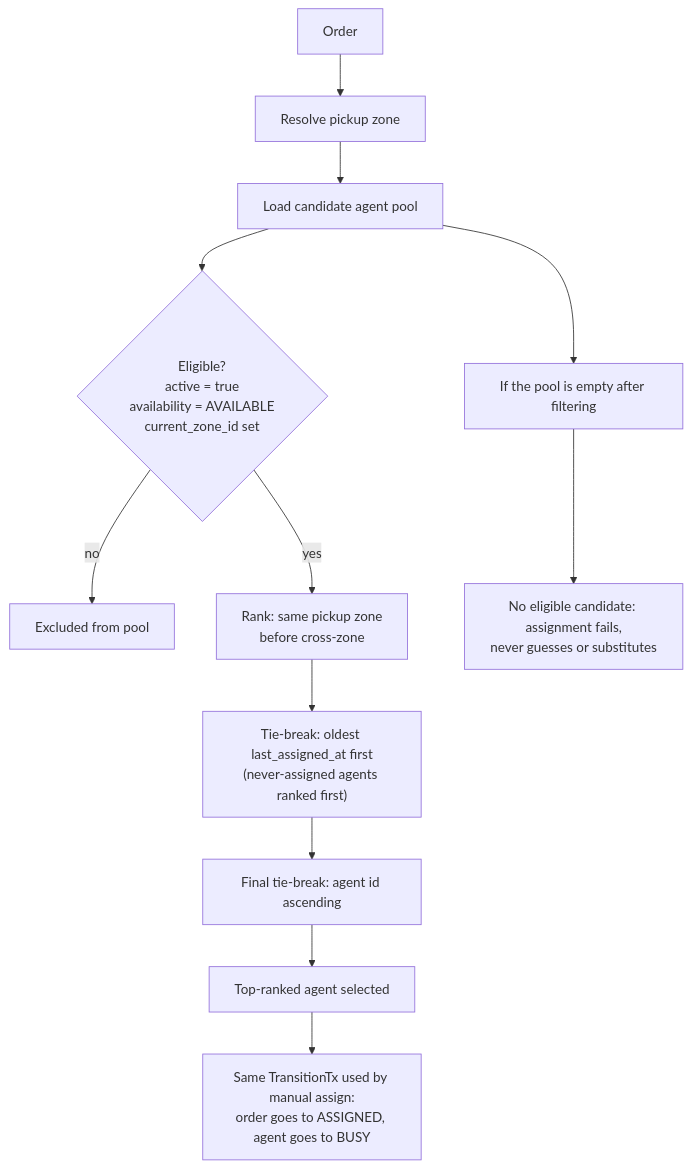
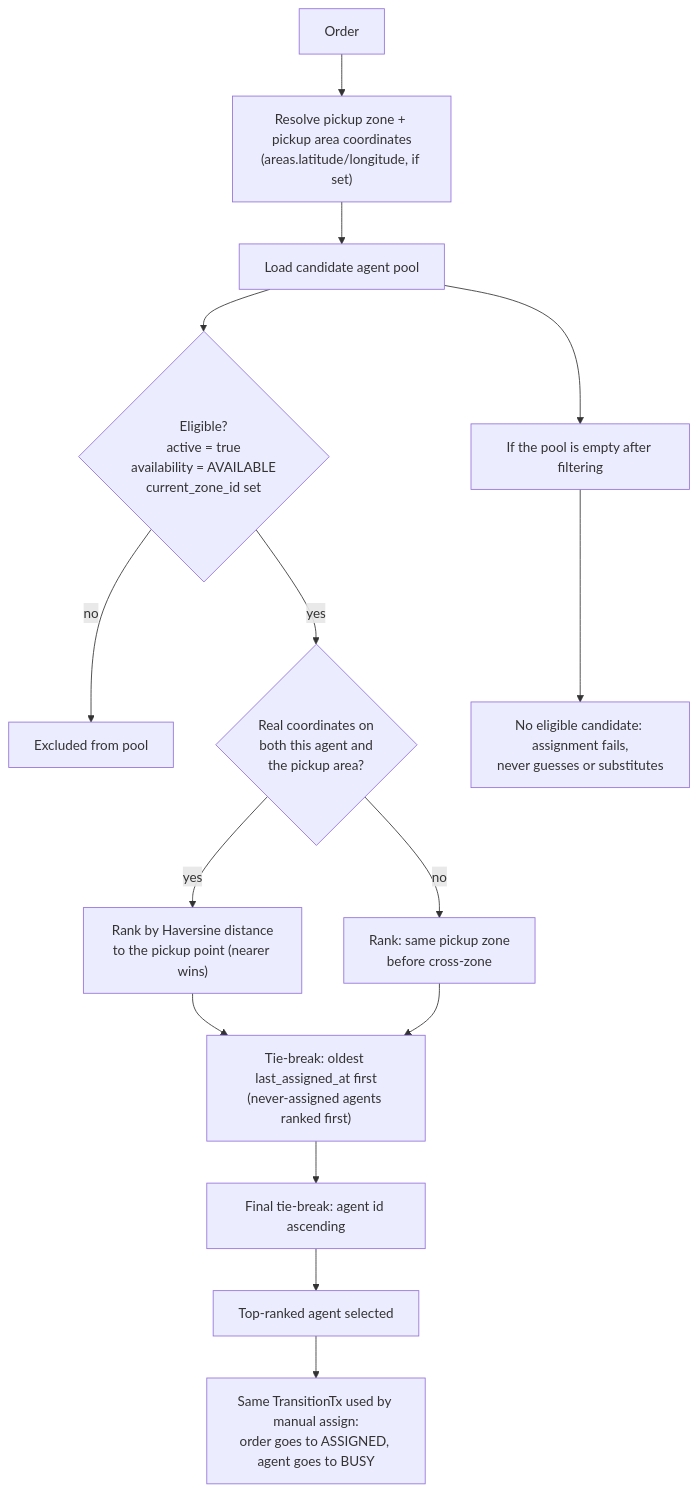
One commit to balavignesh16/last-mile-delivery-tracker changed the fourth of 5 diagrams in README.md. Above: the diagram before and after it, drawn with Mermaid. The commit also changed other lines of this file and 34 other files, not shown here.

````diff
--- a/README.md
+++ b/README.md
@@ -211,14 +213,17 @@
 ```mermaid
 flowchart TD
-    A["Order"] --> B["Resolve pickup zone"]
+    A["Order"] --> B["Resolve pickup zone + pickup area coordinates<br/>(areas.latitude/longitude, if set)"]
     B --> C["Load candidate agent pool"]
     C --> D{"Eligible?<br/>active = true<br/>availability = AVAILABLE<br/>current_zone_id set"}
     D -->|no| X["Excluded from pool"]
-    D -->|yes| E["Rank: same pickup zone<br/>before cross-zone"]
-    E --> F["Tie-break: oldest last_assigned_at first<br/>(never-assigned agents ranked first)"]
-    F --> G["Final tie-break: agent id ascending"]
-    G --> H["Top-ranked agent selected"]
-    H --> I["Same TransitionTx used by manual assign:<br/>order goes to ASSIGNED, agent goes to BUSY"]
-    C --> J["If the pool is empty after filtering"]
-    J --> K["No eligible candidate: assignment fails,<br/>never guesses or substitutes"]
+    D -->|yes| E{"Real coordinates on<br/>both this agent and<br/>the pickup area?"}
+    E -->|yes| F["Rank by Haversine distance<br/>to the pickup point (nearer wins)"]
+    E -->|no| G["Rank: same pickup zone<br/>before cross-zone"]
+    F --> H["Tie-break: oldest last_assigned_at first<br/>(never-assigned agents ranked first)"]
+    G --> H
+    H --> I["Final tie-break: agent id ascending"]
+    I --> J["Top-ranked agent selected"]
+    J --> K["Same TransitionTx used by manual assign:<br/>order goes to ASSIGNED, agent goes to BUSY"]
+    C --> L["If the pool is empty after filtering"]
+    L --> M["No eligible candidate: assignment fails,<br/>never guesses or substitutes"]
 ```
````
